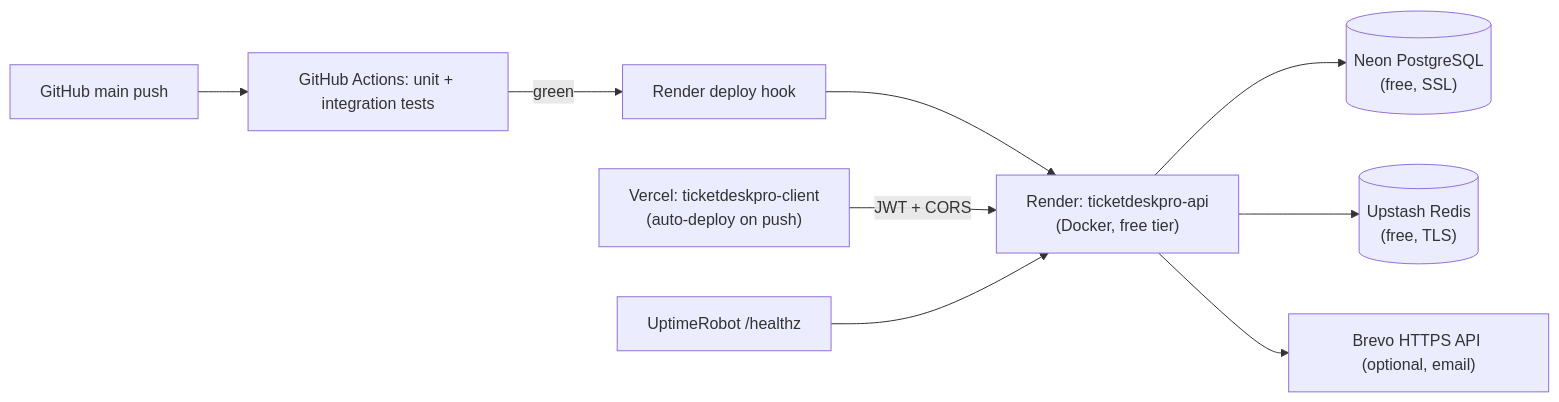
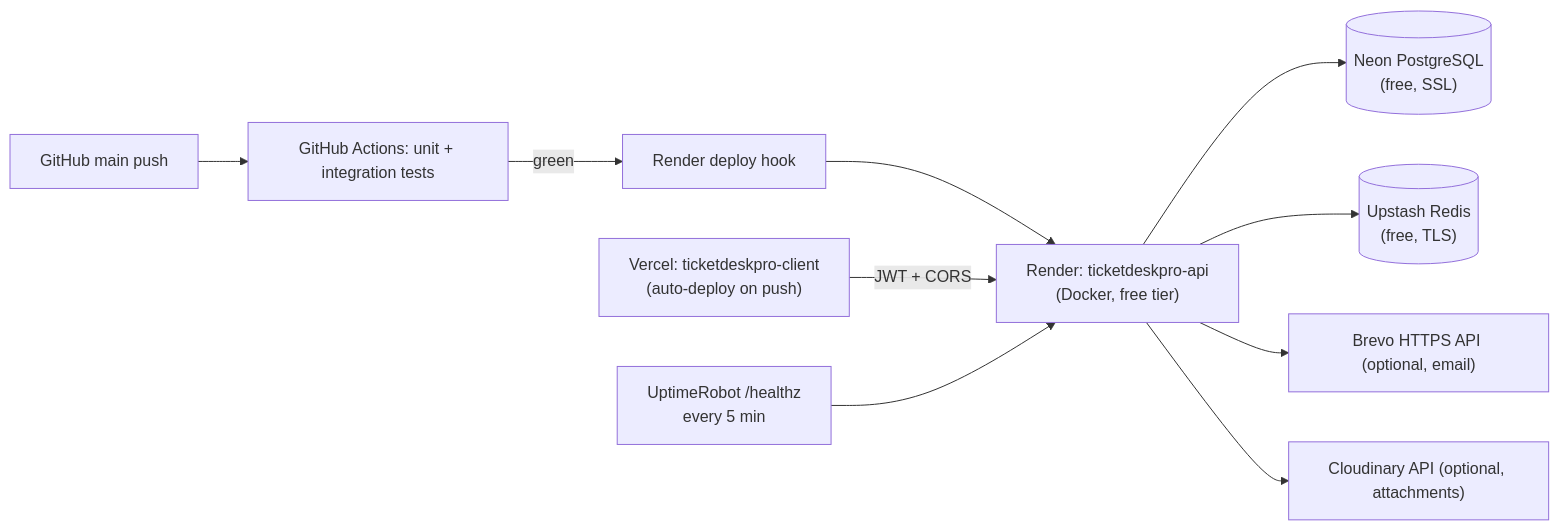
Diagram 16 of 16 in README.md (morshedmilton/TicketDeskPro-API), drawn with Mermaid before and after one commit. The commit also changed other lines of this file, not shown here.

Commit message:
Update the readme with the security cloudinary and testing sections

````diff
--- a/README.md
+++ b/README.md
@@ -620,11 +667,12 @@
 ```mermaid
 flowchart LR
     GH["GitHub main push"] --> CI["GitHub Actions: unit + integration tests"]
     CI -->|green| HOOK["Render deploy hook"]
     HOOK --> R["Render: ticketdeskpro-api<br/>(Docker, free tier)"]
     V["Vercel: ticketdeskpro-client<br/>(auto-deploy on push)"] -->|JWT + CORS| R
     R --> NEON[("Neon PostgreSQL<br/>(free, SSL)")]
     R --> UP[("Upstash Redis<br/>(free, TLS)")]
     R --> MAIL["Brevo HTTPS API (optional, email)"]
-    U["UptimeRobot /healthz<br/every 5 min"] --> R
+    R --> CLOUD["Cloudinary API (optional, attachments)"]
+    U["UptimeRobot /healthz<br/>every 5 min"] --> R
 ```
````
